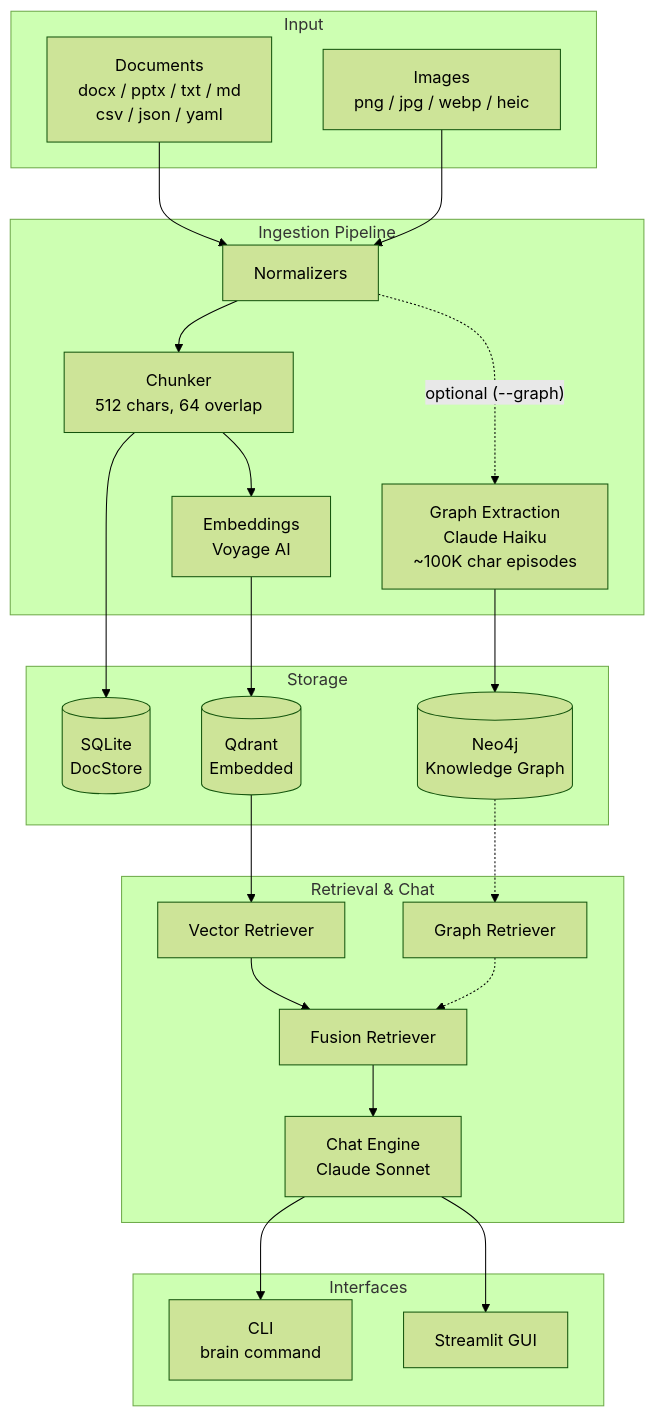
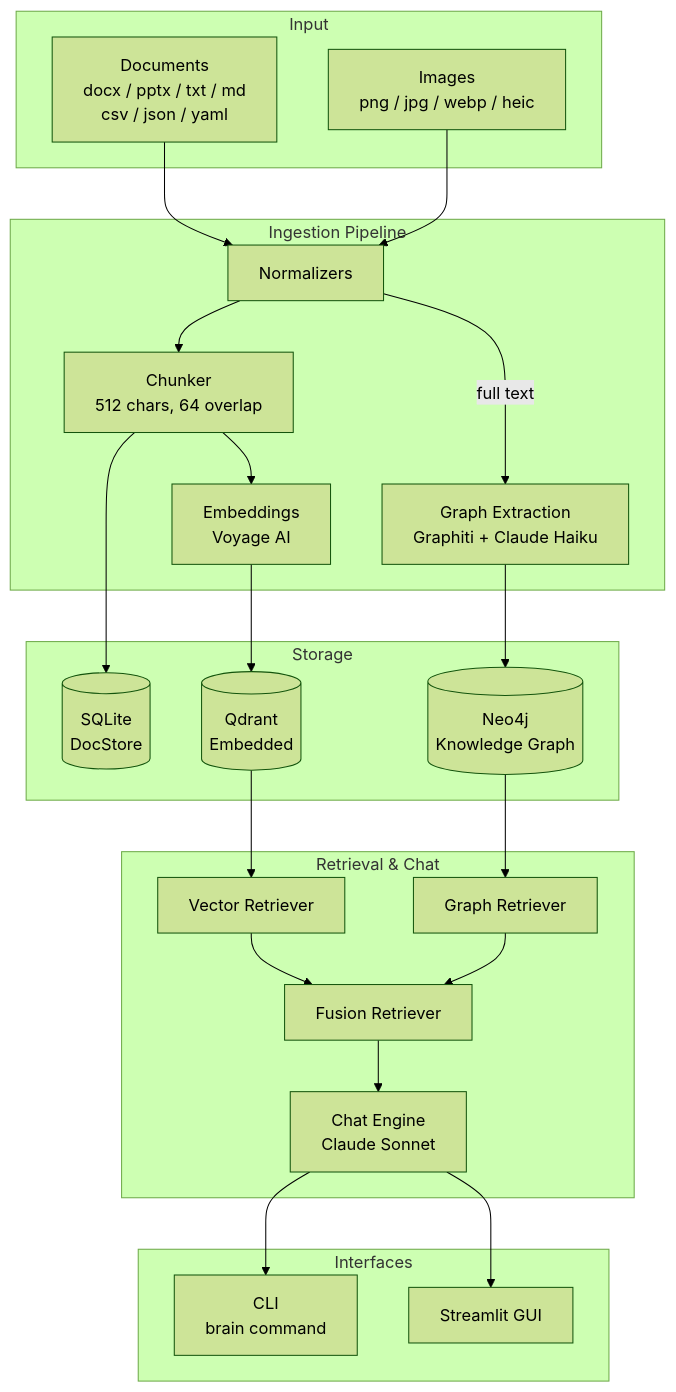
The first of 3 diagrams in README.md (babegeman/brain), drawn with Mermaid (forest theme) before and after one commit.

Commit message:
Refine architecture diagram to clarify graph extraction process

````diff
--- a/README.md
+++ b/README.md
@@ -7,48 +7,48 @@
 ```mermaid
 graph TB
     subgraph Input
         FILES[Documents<br/>docx / pptx / txt / md<br/>csv / json / yaml]
         IMAGES[Images<br/>png / jpg / webp / heic]
     end
 
     subgraph Ingestion Pipeline
         NORM[Normalizers]
         CHUNK[Chunker<br/>512 chars, 64 overlap]
         EMB[Embeddings<br/>Voyage AI]
-        GEX[Graph Extraction<br/>Claude Haiku<br/>~100K char episodes]
+        GEX[Graph Extraction<br/>Graphiti + Claude Haiku]
     end
 
     subgraph Storage
         SQLITE[(SQLite<br/>DocStore)]
         QDRANT[(Qdrant<br/>Embedded)]
         NEO4J[(Neo4j<br/>Knowledge Graph)]
     end
 
     subgraph Retrieval & Chat
         VR[Vector Retriever]
         GR[Graph Retriever]
         FUSION[Fusion Retriever]
         ENGINE[Chat Engine<br/>Claude Sonnet]
     end
 
     subgraph Interfaces
         CLI[CLI<br/>brain command]
         GUI[Streamlit GUI]
     end
 
     FILES --> NORM
     IMAGES --> NORM
     NORM --> CHUNK
     CHUNK --> SQLITE
     CHUNK --> EMB --> QDRANT
-    NORM -.->|"optional (--graph)"| GEX --> NEO4J
+    NORM -->|full text| GEX --> NEO4J
 
     QDRANT --> VR
-    NEO4J -.-> GR
+    NEO4J --> GR
     VR --> FUSION
-    GR -.-> FUSION
+    GR --> FUSION
     FUSION --> ENGINE
 
     ENGINE --> CLI
     ENGINE --> GUI
 ```
````
